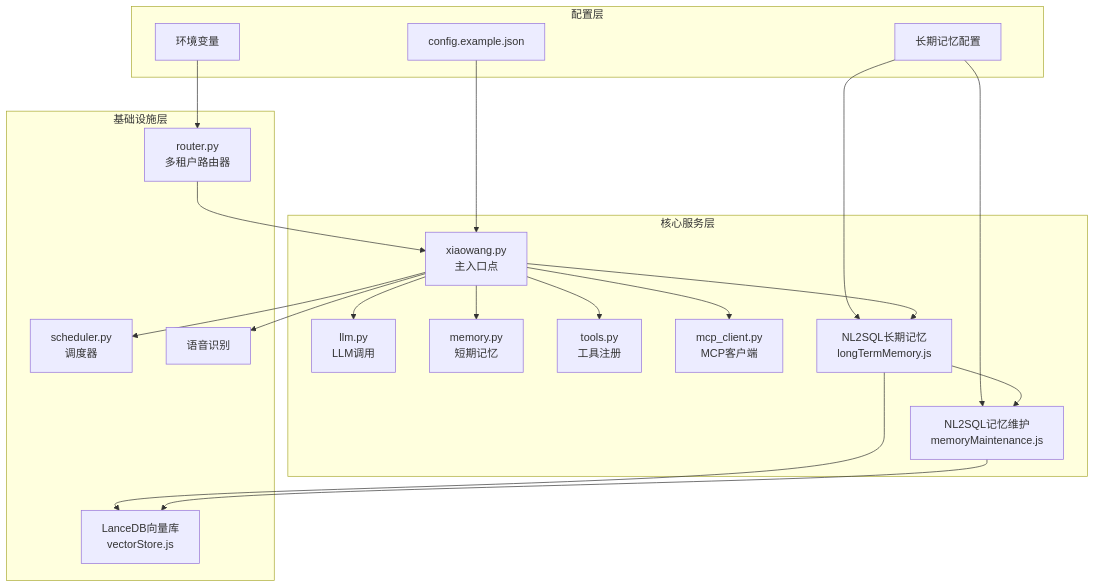
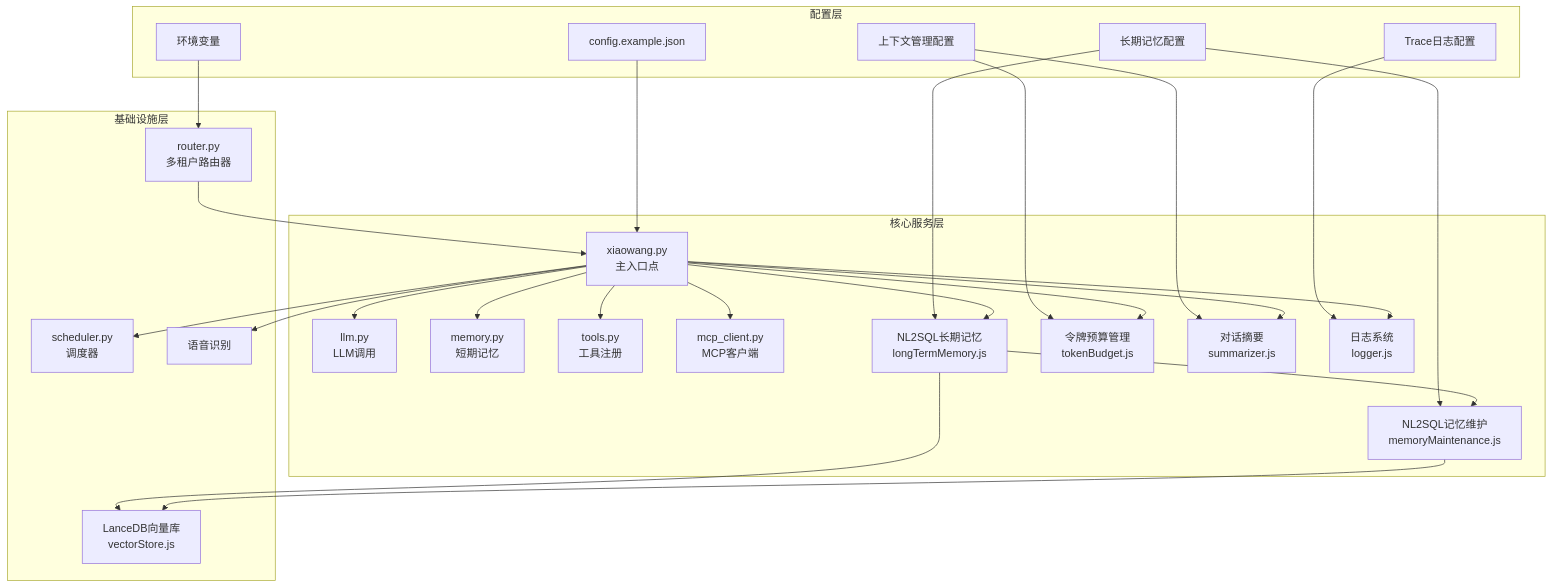
Before and after one commit to HanHuiOnLine/724-office: the first of 26 diagrams in .qoder/repowiki/zh/content/配置管理/配置管理.md, drawn with Mermaid. The commit also changed other lines of this file and 10 other files, not shown here.

````diff
--- a/.qoder/repowiki/zh/content/配置管理/配置管理.md
+++ b/.qoder/repowiki/zh/content/配置管理/配置管理.md
@@ -45,38 +58,49 @@
 ```mermaid
 graph TB
 subgraph "配置层"
 Config[config.example.json]
 Env[环境变量]
 LongTermConfig[长期记忆配置]
+ContextConfig[上下文管理配置]
+TraceConfig[Trace日志配置]
 end
 subgraph "核心服务层"
 Agent[xiaowang.py<br/>主入口点]
 LLM[llm.py<br/>LLM调用]
 Memory[memory.py<br/>短期记忆]
 Tools[tools.py<br/>工具注册]
 MCP[mcp_client.py<br/>MCP客户端]
 LongTermMemory[NL2SQL长期记忆<br/>longTermMemory.js]
 MemoryMaintenance[NL2SQL记忆维护<br/>memoryMaintenance.js]
+TokenBudget[令牌预算管理<br/>tokenBudget.js]
+Summarizer[对话摘要<br/>summarizer.js]
+Logger[日志系统<br/>logger.js]
 end
 subgraph "基础设施层"
 Router[router.py<br/>多租户路由器]
 Scheduler[scheduler.py<br/>调度器]
 ASR[语音识别]
 VectorDB[LanceDB向量库<br/>vectorStore.js]
 end
 Config --> Agent
 Env --> Router
 LongTermConfig --> LongTermMemory
+ContextConfig --> TokenBudget
+ContextConfig --> Summarizer
+TraceConfig --> Logger
 LongTermConfig --> MemoryMaintenance
 Agent --> LLM
 Agent --> Memory
 Agent --> Tools
 Agent --> MCP
 Agent --> LongTermMemory
+Agent --> TokenBudget
+Agent --> Summarizer
+Agent --> Logger
 LongTermMemory --> MemoryMaintenance
 LongTermMemory --> VectorDB
 MemoryMaintenance --> VectorDB
 Agent --> Scheduler
 Agent --> ASR
 Router --> Agent
 ```
````
